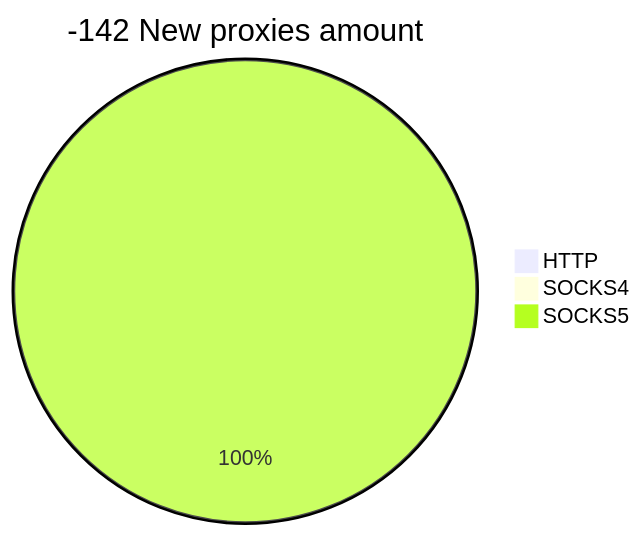
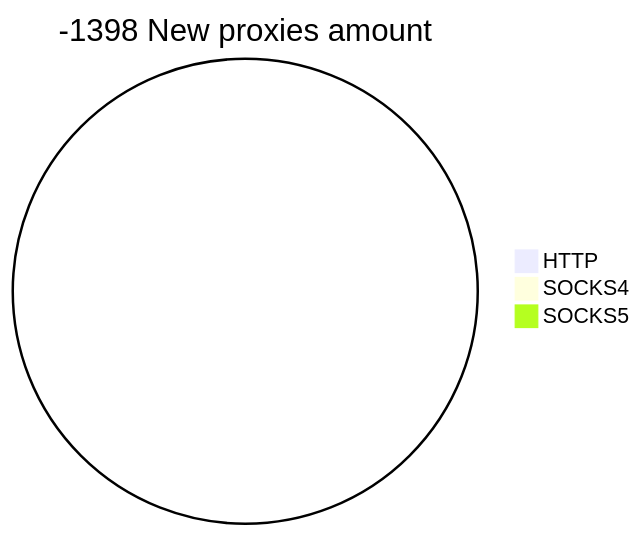
Before and after one commit to cutipu/proxylist: the second of 2 diagrams in README.md, drawn with Mermaid. The commit also changed other lines of this file, not shown here.

````diff
--- a/README.md
+++ b/README.md
@@ -10,6 +10,6 @@
 ```mermaid
-pie title -142 New proxies amount
+pie title -1398 New proxies amount
     "HTTP" : 0
     "SOCKS4" : 0
-    "SOCKS5" : 50
+    "SOCKS5" : 0
 ```
````
